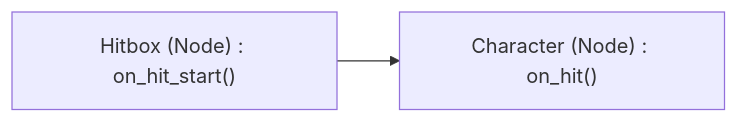
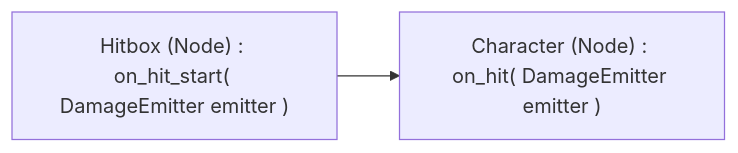
One commit to lenzge/Epiales changed the diagram in Nodes/doc/Characters/Enemies/Character.md. Above: the diagram before and after it, drawn with Mermaid.

````diff
--- a/Nodes/doc/Characters/Enemies/Character.md
+++ b/Nodes/doc/Characters/Enemies/Character.md
@@ -149,4 +149,4 @@
  ```mermaid
  graph LR
-hitbox["Hitbox (Node) : on_hit_start()"] --> chracter["Character (Node) : on_hit()"]
+hitbox["Hitbox (Node) : on_hit_start( DamageEmitter emitter )"] --> chracter["Character (Node) : on_hit( DamageEmitter emitter )"]
 ```
````
